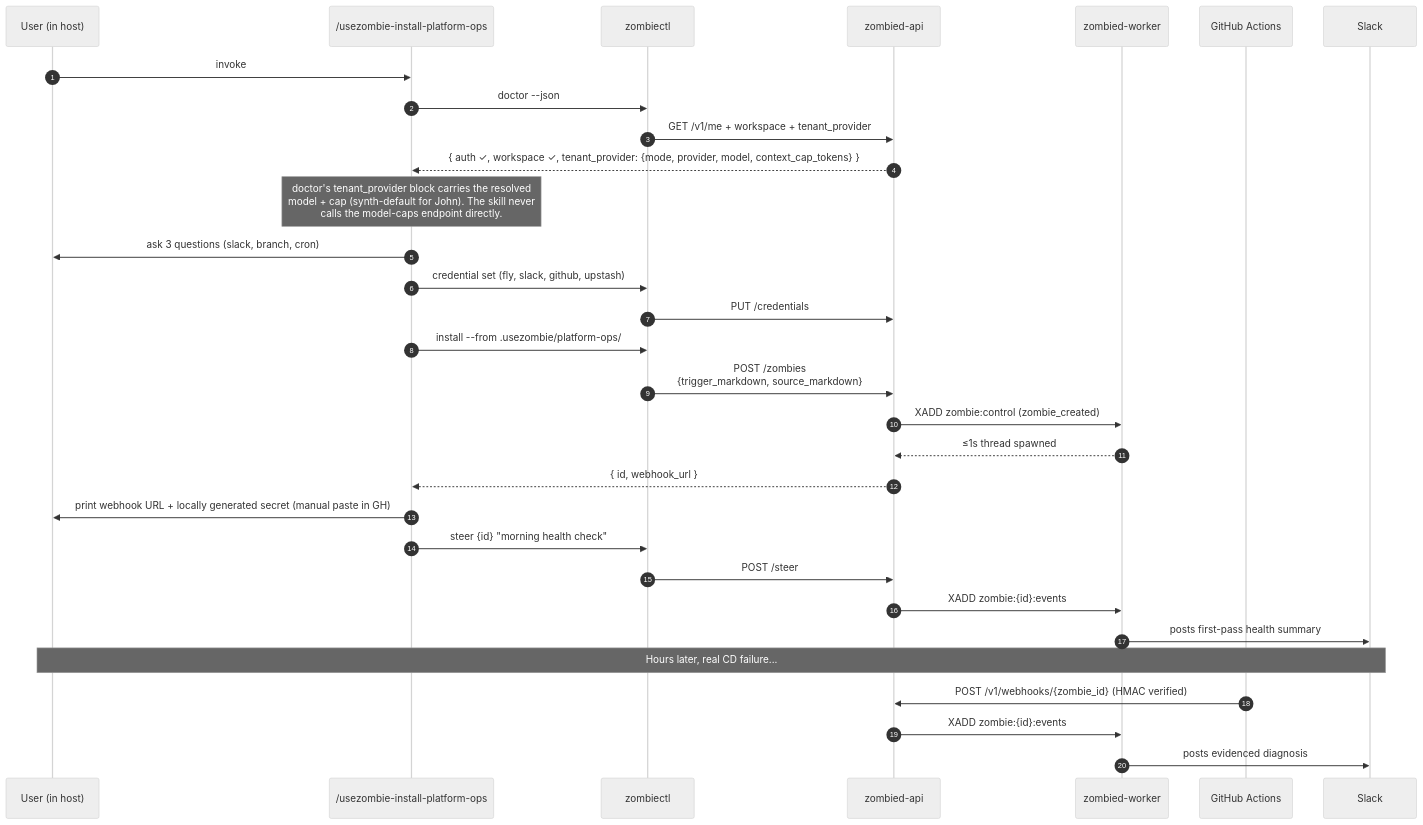
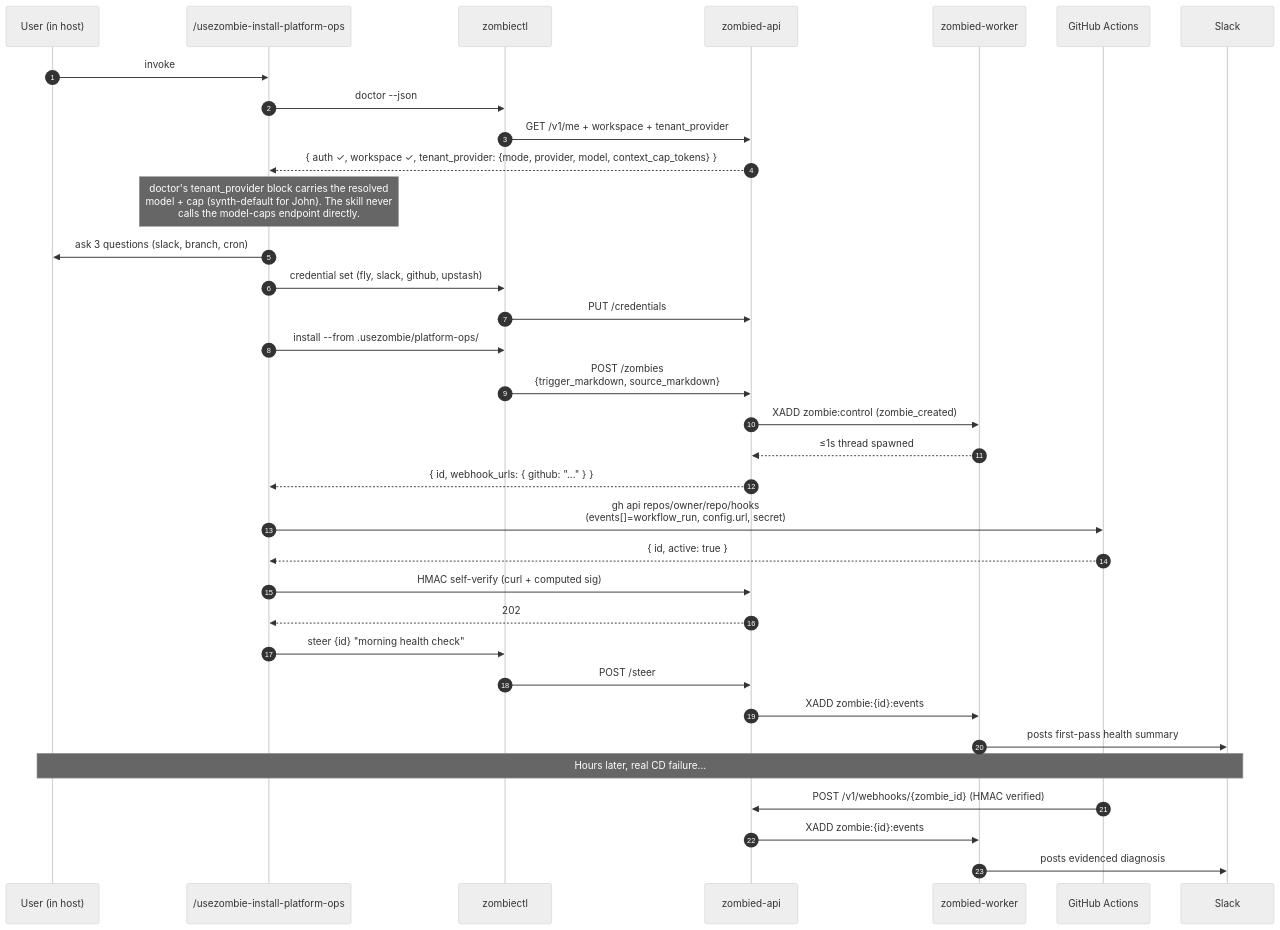
Before and after one commit to agentsfleet/agentsfleet: the diagram in docs/architecture/scenarios/01_default_install.md, drawn with Mermaid (neutral theme). The commit also changed other lines of this file and 4 other files, not shown here.

First line of the commit message:
docs(architecture): M68 K1–K5 — trigger DX + free-trial + auth-plane refresh

````diff
--- a/docs/architecture/scenarios/01_default_install.md
+++ b/docs/architecture/scenarios/01_default_install.md
@@ -13,34 +13,37 @@
 ```mermaid
 sequenceDiagram
     autonumber
     participant Op as User (in host)
     participant Skill as /usezombie-install-platform-ops
     participant CLI as zombiectl
     participant API as zombied-api
     participant Worker as zombied-worker
     participant GH as GitHub Actions
     participant Slack
 
     Op->>Skill: invoke
     Skill->>CLI: doctor --json
     CLI->>API: GET /v1/me + workspace + tenant_provider
     API-->>Skill: { auth ✓, workspace ✓, tenant_provider: {mode, provider, model, context_cap_tokens} }
     Note over Skill: doctor's tenant_provider block carries the resolved<br/>model + cap (synth-default for John). The skill never<br/>calls the model-caps endpoint directly.
     Skill->>Op: ask 3 questions (slack, branch, cron)
     Skill->>CLI: credential set (fly, slack, github, upstash)
     CLI->>API: PUT /credentials
     Skill->>CLI: install --from .usezombie/platform-ops/
     CLI->>API: POST /zombies<br/>{trigger_markdown, source_markdown}
     API->>Worker: XADD zombie:control (zombie_created)
     Worker-->>API: ≤1s thread spawned
-    API-->>Skill: { id, webhook_url }
-    Skill->>Op: print webhook URL + locally generated secret (manual paste in GH)
+    API-->>Skill: { id, webhook_urls: { github: "..." } }
+    Skill->>GH: gh api repos/owner/repo/hooks<br/>(events[]=workflow_run, config.url, secret)
+    GH-->>Skill: { id, active: true }
+    Skill->>API: HMAC self-verify (curl + computed sig)
+    API-->>Skill: 202
     Skill->>CLI: steer {id} "morning health check"
     CLI->>API: POST /steer
     API->>Worker: XADD zombie:{id}:events
     Worker->>Slack: posts first-pass health summary
     Note over Op,Slack: Hours later, real CD failure...
     GH->>API: POST /v1/webhooks/{zombie_id} (HMAC verified)
     API->>Worker: XADD zombie:{id}:events
     Worker->>Slack: posts evidenced diagnosis
 ```
````
